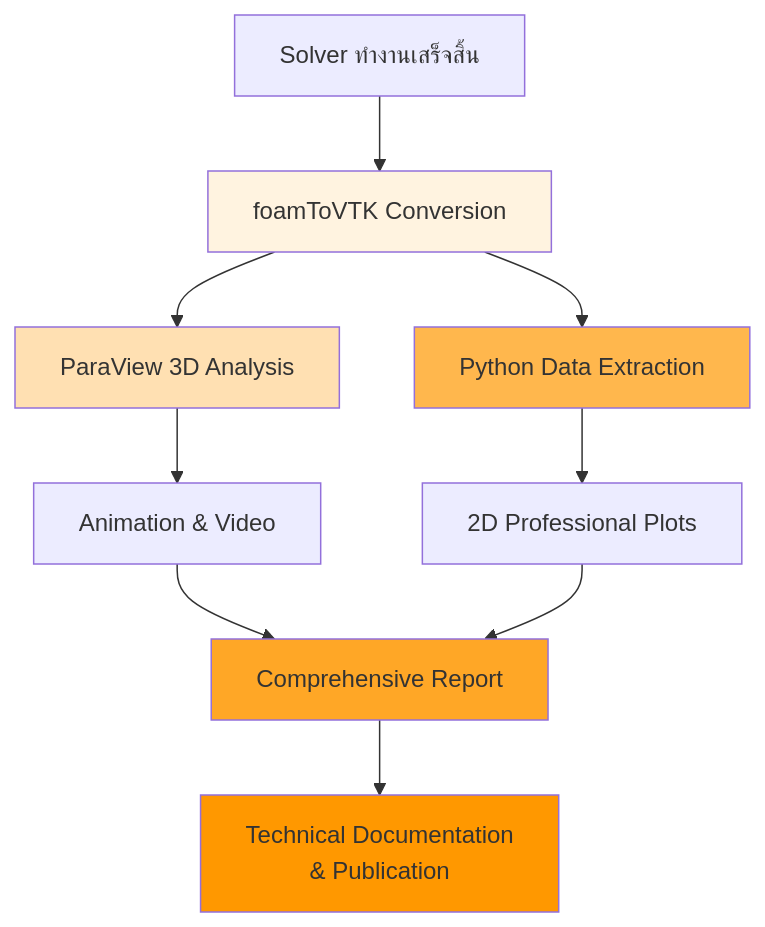
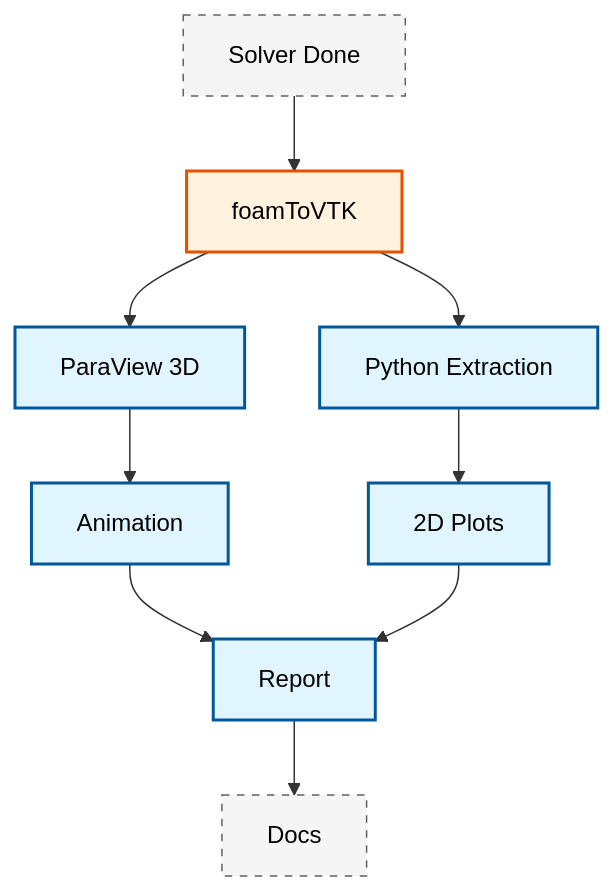
The third of 3 diagrams in MODULE_07_UTILITIES_AUTOMATION/CONTENT/04_VISUALIZATION/00_Overview.md (wramet/build-my-cfd), drawn with Mermaid before and after one commit. The commit also changed other lines of this file and 313 other files, not shown here.

Commit message:
Revise all diagram

````diff
--- a/MODULE_07_UTILITIES_AUTOMATION/CONTENT/04_VISUALIZATION/00_Overview.md
+++ b/MODULE_07_UTILITIES_AUTOMATION/CONTENT/04_VISUALIZATION/00_Overview.md
@@ -498,20 +491,16 @@
 ```mermaid
 flowchart TD
-    A[ Solver ทำงานเสร็จสิ้น] --> B[foamToVTK Conversion]
-    B --> C[ParaView 3D Analysis]
-    B --> D[Python Data Extraction]
+classDef implicit fill:#e1f5fe,stroke:#01579b,stroke-width:2px,color:#000
+classDef explicit fill:#fff3e0,stroke:#e65100,stroke-width:2px,color:#000
+classDef context fill:#f5f5f5,stroke:#616161,stroke-width:1px,color:#000,stroke-dasharray: 5 5
 
-    C --> E[Animation & Video]
-    D --> F[2D Professional Plots]
+A[Solver Done]:::context --> B[foamToVTK]:::explicit
+B --> C[ParaView 3D]:::implicit
+B --> D[Python Extraction]:::implicit
 
-    E --> G[Comprehensive Report]
-    F --> G
+C --> E[Animation]:::implicit
+D --> F[2D Plots]:::implicit
 
-    G --> H[Technical Documentation<br/>& Publication]
-
-    style B fill:#fff3e0
-    style C fill:#ffe0b2
-    style D fill:#ffb74d
-    style G fill:#ffa726
-    style H fill:#ff9800
+E & F --> G[Report]:::implicit
+G --> H[Docs]:::context
 ```
````
